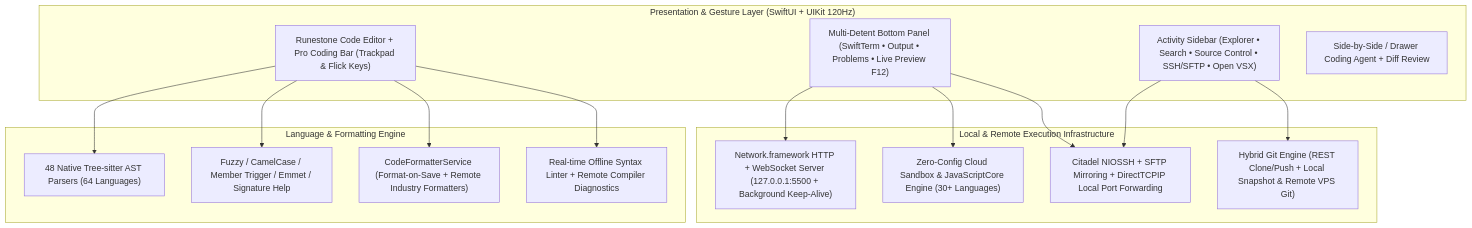
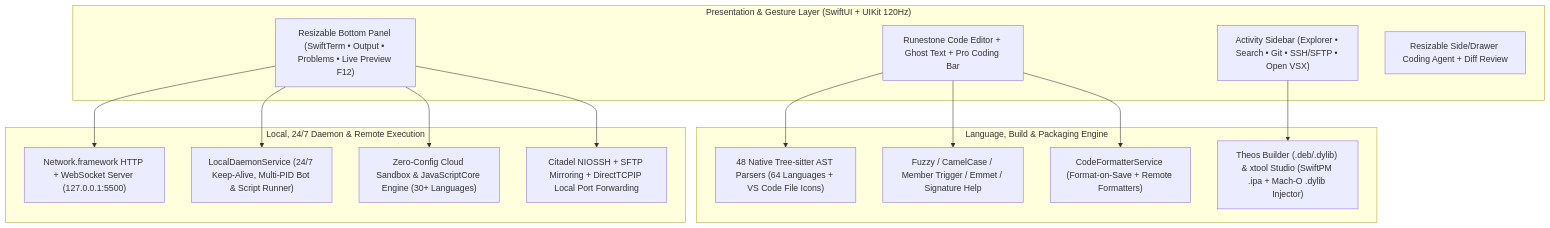
One commit to userlethekhoi/3012 changed the diagram in README.md. Above: the diagram before and after it, drawn with Mermaid. The commit also changed other lines of this file and 8 other files, not shown here.

Commit message:
docs: add multi-language READMEs (VI, EN, ZH-CN, JA, KO, RU, ES) and sync v4.0.1 features

````diff
--- a/README.md
+++ b/README.md
@@ -57,33 +65,32 @@
 ```mermaid
 flowchart TB
     subgraph UI["Presentation & Gesture Layer (SwiftUI + UIKit 120Hz)"]
-        Editor["Runestone Code Editor + Pro Coding Bar (Trackpad & Flick Keys)"]
-        Explorer["Activity Sidebar (Explorer • Search • Source Control • SSH/SFTP • Open VSX)"]
-        Console["Multi-Detent Bottom Panel (SwiftTerm • Output • Problems • Live Preview F12)"]
-        AgentUI["Side-by-Side / Drawer Coding Agent + Diff Review"]
+        Editor["Runestone Code Editor + Ghost Text + Pro Coding Bar"]
+        Explorer["Activity Sidebar (Explorer • Search • Git • SSH/SFTP • Open VSX)"]
+        Console["Resizable Bottom Panel (SwiftTerm • Output • Problems • Live Preview F12)"]
+        AgentUI["Resizable Side/Drawer Coding Agent + Diff Review"]
     end
 
-    subgraph Intelligence["Language & Formatting Engine"]
-        TS["48 Native Tree-sitter AST Parsers (64 Languages)"]
+    subgraph Intelligence["Language, Build & Packaging Engine"]
+        TS["48 Native Tree-sitter AST Parsers (64 Languages + VS Code File Icons)"]
         IntelliSense["Fuzzy / CamelCase / Member Trigger / Emmet / Signature Help"]
-        Formatter["CodeFormatterService (Format-on-Save + Remote Industry Formatters)"]
-        Diagnostics["Real-time Offline Syntax Linter + Remote Compiler Diagnostics"]
+        Formatter["CodeFormatterService (Format-on-Save + Remote Formatters)"]
+        MobileBuild["Theos Builder (.deb/.dylib) & xtool Studio (SwiftPM .ipa + Mach-O .dylib Injector)"]
     end
 
-    subgraph Runtime["Local & Remote Execution Infrastructure"]
-        LiveSrv["Network.framework HTTP + WebSocket Server (127.0.0.1:5500 + Background Keep-Alive)"]
+    subgraph Runtime["Local, 24/7 Daemon & Remote Execution"]
+        LiveSrv["Network.framework HTTP + WebSocket Server (127.0.0.1:5500)"]
+        Daemon247["LocalDaemonService (24/7 Keep-Alive, Multi-PID Bot & Script Runner)"]
         ZeroCfg["Zero-Config Cloud Sandbox & JavaScriptCore Engine (30+ Languages)"]
         SSH["Citadel NIOSSH + SFTP Mirroring + DirectTCPIP Local Port Forwarding"]
-        Git["Hybrid Git Engine (REST Clone/Push + Local Snapshot & Remote VPS Git)"]
     end
 
     Editor --> TS
     Editor --> IntelliSense
     Editor --> Formatter
-    Editor --> Diagnostics
-    Explorer --> Git
-    Explorer --> SSH
+    Explorer --> MobileBuild
     Console --> LiveSrv
+    Console --> Daemon247
     Console --> ZeroCfg
     Console --> SSH
 ```
````
